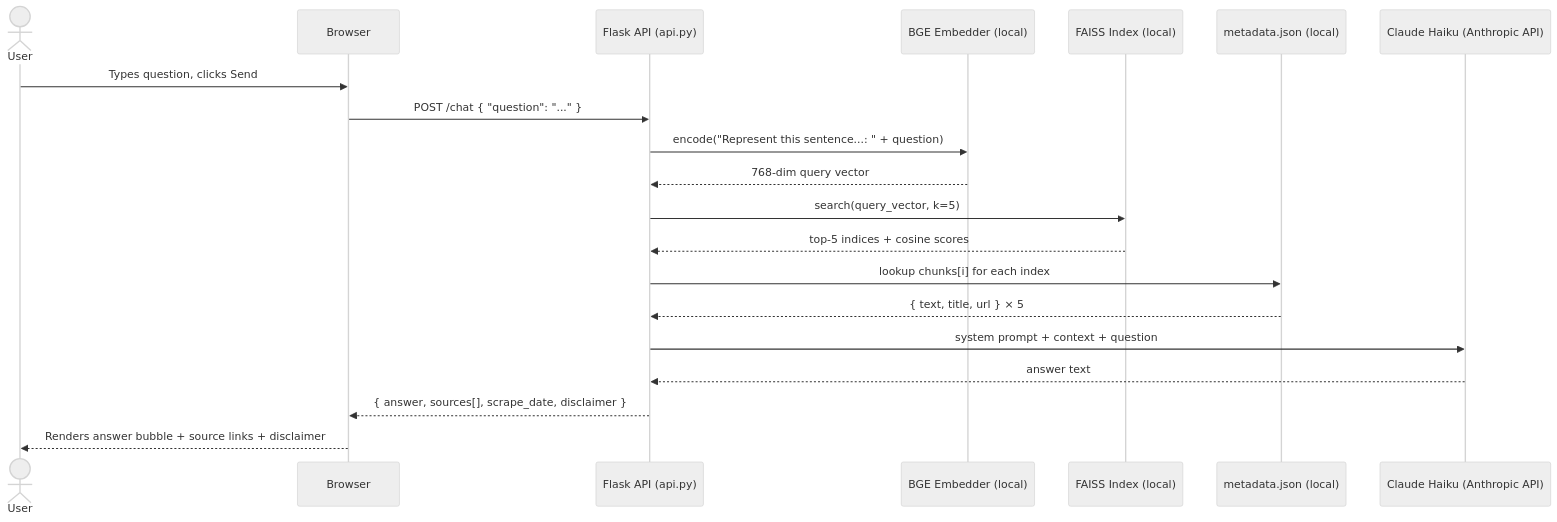
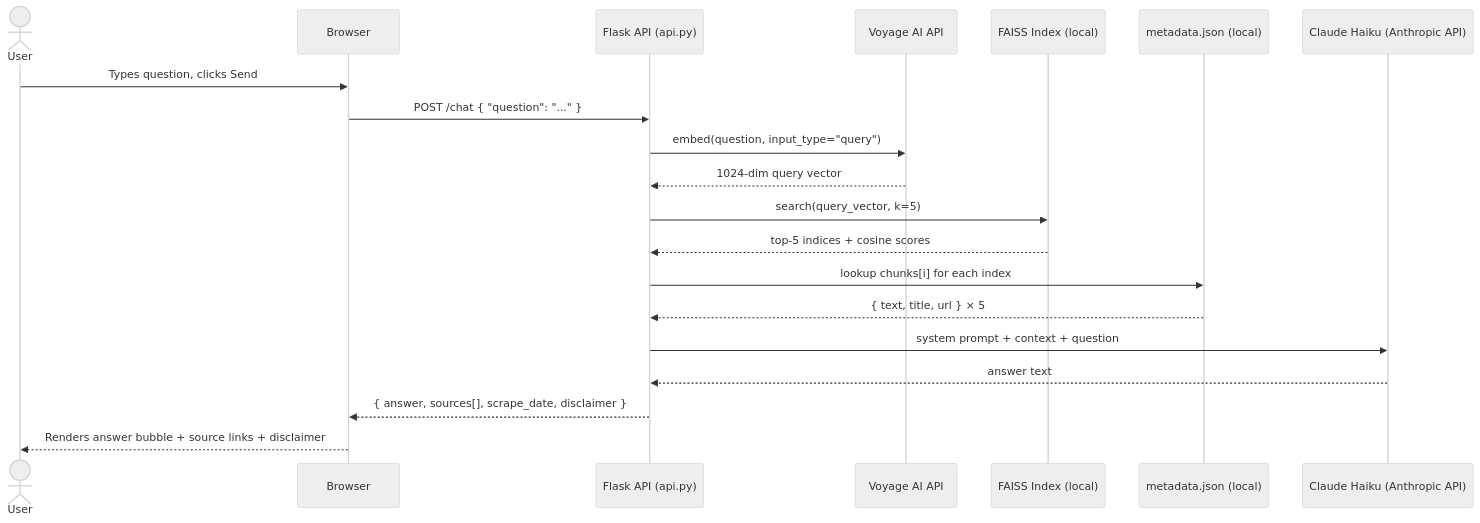
The third of 4 diagrams in project_overview.md (esiu-23/govt-chatbot), drawn with Mermaid (neutral theme) before and after one commit. The commit also changed other lines of this file and 7 other files, not shown here.

Commit message:
Reconfigure architecture for Supabase

````diff
--- a/project_overview.md
+++ b/project_overview.md
@@ -94,28 +92,28 @@
 ```mermaid
 sequenceDiagram
     actor User
     participant Browser
     participant Flask as Flask API (api.py)
-    participant BGE as BGE Embedder (local)
+    participant Voyage as Voyage AI API
     participant FAISS as FAISS Index (local)
     participant Meta as metadata.json (local)
     participant Claude as Claude Haiku (Anthropic API)
 
     User->>Browser: Types question, clicks Send
     Browser->>Flask: POST /chat { "question": "..." }
 
-    Flask->>BGE: encode("Represent this sentence...: " + question)
-    BGE-->>Flask: 768-dim query vector
+    Flask->>Voyage: embed(question, input_type="query")
+    Voyage-->>Flask: 1024-dim query vector
 
     Flask->>FAISS: search(query_vector, k=5)
     FAISS-->>Flask: top-5 indices + cosine scores
 
     Flask->>Meta: lookup chunks[i] for each index
     Meta-->>Flask: { text, title, url } × 5
 
     Flask->>Claude: system prompt + context + question
     Claude-->>Flask: answer text
 
     Flask-->>Browser: { answer, sources[], scrape_date, disclaimer }
     Browser-->>User: Renders answer bubble + source links + disclaimer
 ```
````
